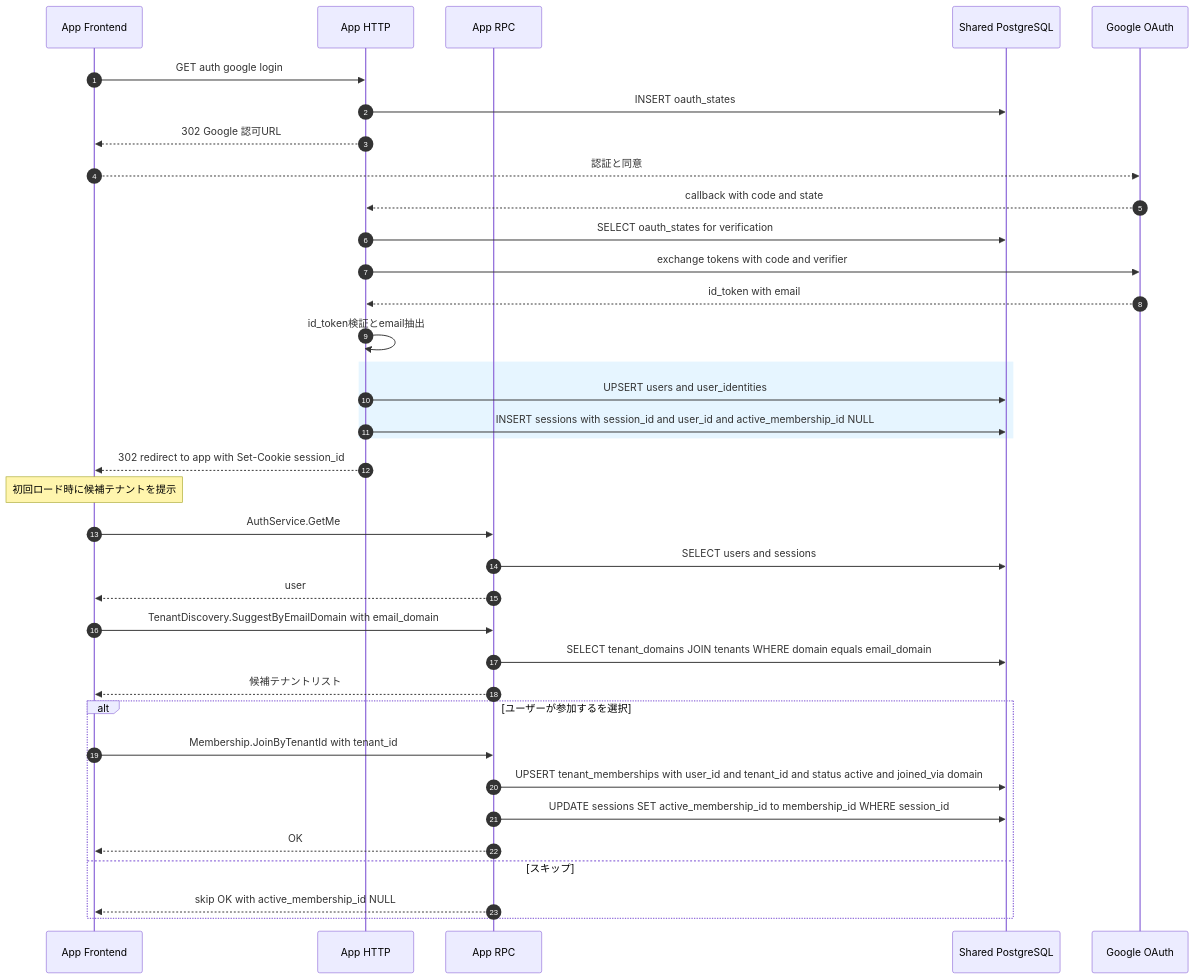
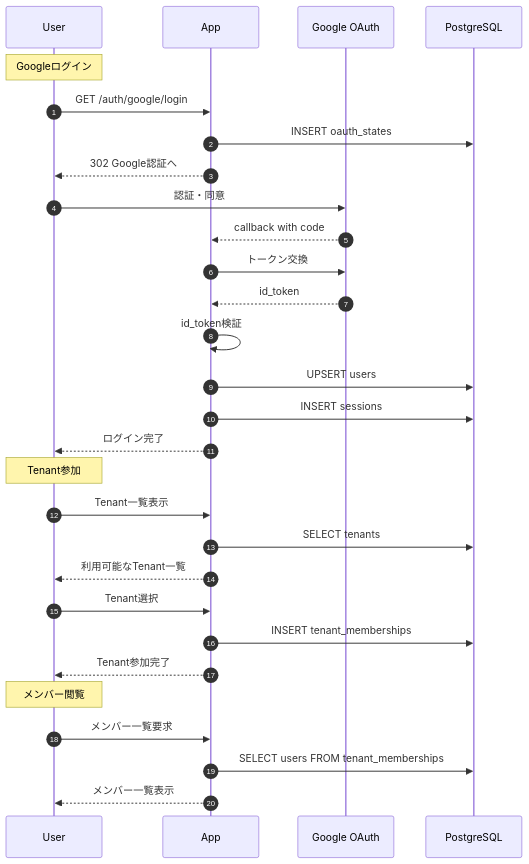
One commit to shibayama-club/keyhub changed the second of 7 diagrams in docs/all_docs.md. Above: the diagram before and after it, drawn with Mermaid. The commit also changed other lines of this file, not shown here.

````diff
--- a/docs/all_docs.md
+++ b/docs/all_docs.md
@@ -157,42 +90,34 @@
 ```mermaid
 sequenceDiagram
-  autonumber
-  participant AFE as App Frontend
-  participant AHTTP as App HTTP
-  participant ARPC as App RPC
-  participant DB as Shared PostgreSQL
-  participant G as Google OAuth
+    autonumber
+    participant User as User
+    participant App as App
+    participant Google as Google OAuth
+    participant DB as PostgreSQL
 
-  AFE->>AHTTP: GET auth google login
-  AHTTP->>DB: INSERT oauth_states
-  AHTTP-->>AFE: 302 Google 認可URL
-  AFE-->>G: 認証と同意
-  G-->>AHTTP: callback with code and state
-  AHTTP->>DB: SELECT oauth_states for verification
-  AHTTP->>G: exchange tokens with code and verifier
-  G-->>AHTTP: id_token with email
-  AHTTP->>AHTTP: id_token検証とemail抽出
+    Note over User: Googleログイン
+    User->>App: GET /auth/google/login
+    App->>DB: INSERT oauth_states
+    App-->>User: 302 Google認証へ
+    User->>Google: 認証・同意
+    Google-->>App: callback with code
+    App->>Google: トークン交換
+    Google-->>App: id_token
+    App->>App: id_token検証
+    App->>DB: UPSERT users
+    App->>DB: INSERT sessions
+    App-->>User: ログイン完了
 
-  rect rgb(230, 245, 255)
-    AHTTP->>DB: UPSERT users and user_identities
-    AHTTP->>DB: INSERT sessions with session_id and user_id and active_membership_id NULL
-  end
-  AHTTP-->>AFE: 302 redirect to app with Set-Cookie session_id
+    Note over User: Tenant参加
+    User->>App: Tenant一覧表示
+    App->>DB: SELECT tenants
+    App-->>User: 利用可能なTenant一覧
+    User->>App: Tenant選択
+    App->>DB: INSERT tenant_memberships
+    App-->>User: Tenant参加完了
 
-  Note over AFE: 初回ロード時に候補テナントを提示
-  AFE->>ARPC: AuthService.GetMe
-  ARPC->>DB: SELECT users and sessions
-  ARPC-->>AFE: user
-  AFE->>ARPC: TenantDiscovery.SuggestByEmailDomain with email_domain
-  ARPC->>DB: SELECT tenant_domains JOIN tenants WHERE domain equals email_domain
-  ARPC-->>AFE: 候補テナントリスト
-
-  alt ユーザーが参加するを選択
-    AFE->>ARPC: Membership.JoinByTenantId with tenant_id
-    ARPC->>DB: UPSERT tenant_memberships with user_id and tenant_id and status active and joined_via domain
-    ARPC->>DB: UPDATE sessions SET active_membership_id to membership_id WHERE session_id
-    ARPC-->>AFE: OK
-  else スキップ
-    ARPC-->>AFE: skip OK with active_membership_id NULL
-  end
+    Note over User: メンバー閲覧
+    User->>App: メンバー一覧要求
+    App->>DB: SELECT users FROM tenant_memberships
+    App-->>User: メンバー一覧表示
 ```
````
